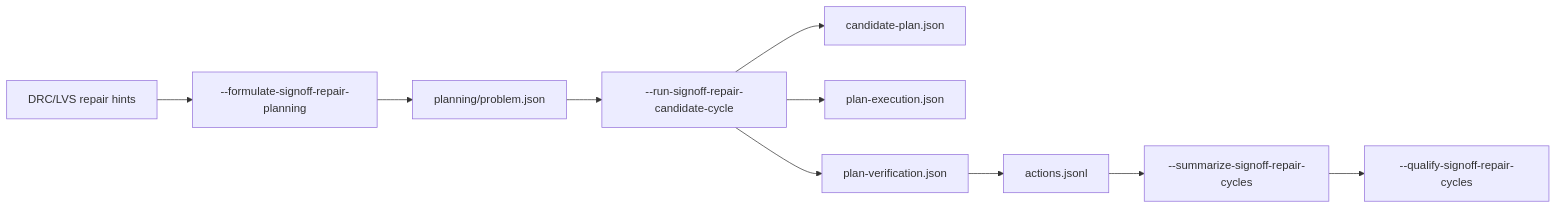
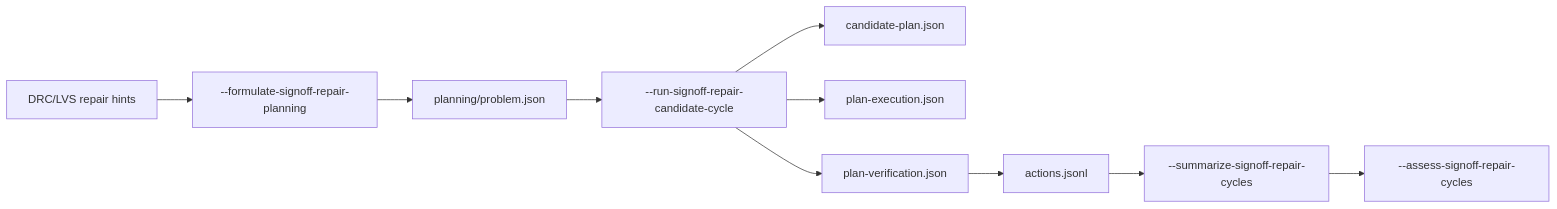
The third of 3 diagrams in docs/cli-contract.md (1amageek/circuit-studio), drawn with Mermaid before and after one commit. The commit also changed other lines of this file and 16 other files, not shown here.

````diff
--- a/docs/cli-contract.md
+++ b/docs/cli-contract.md
@@ -154,12 +154,12 @@
 ```mermaid
 flowchart LR
   Hints["DRC/LVS repair hints"] --> Formulate["--formulate-signoff-repair-planning"]
   Formulate --> Problem["planning/problem.json"]
   Problem --> Cycle["--run-signoff-repair-candidate-cycle"]
   Cycle --> Plan["candidate-plan.json"]
   Cycle --> Execute["plan-execution.json"]
   Cycle --> Verify["plan-verification.json"]
   Verify --> Ledger["actions.jsonl"]
   Ledger --> History["--summarize-signoff-repair-cycles"]
-  History --> Qualify["--qualify-signoff-repair-cycles"]
+  History --> Assess["--assess-signoff-repair-cycles"]
 ```
````
